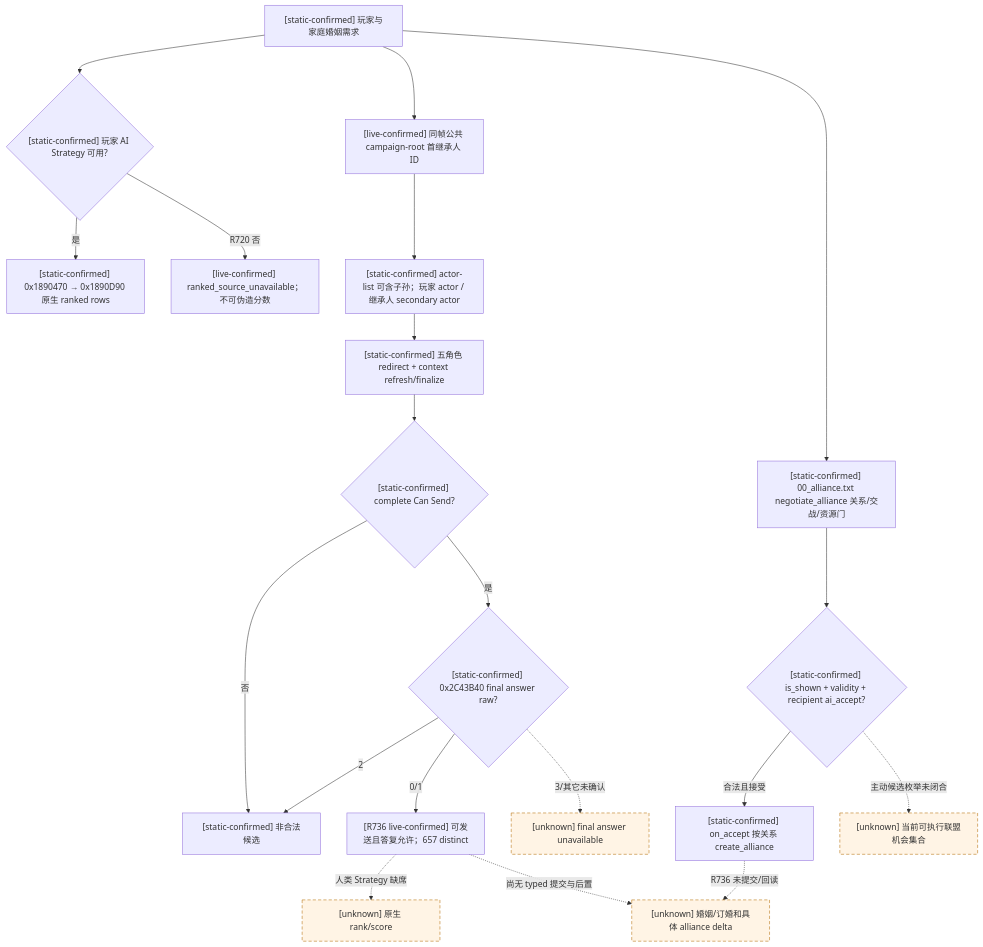
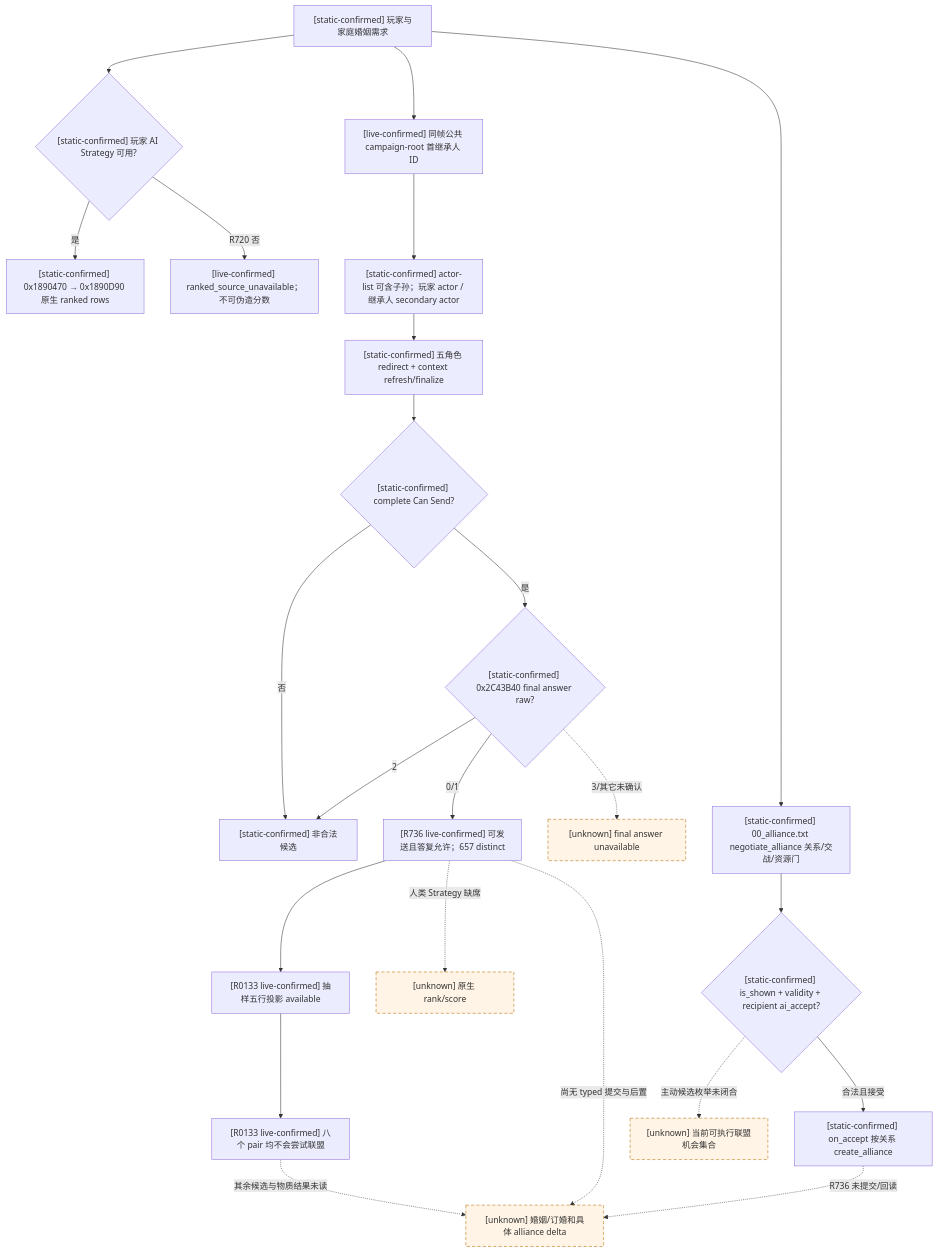
Before and after one commit to XenoAmess/ck3_eternal_recurrence: the sixth of 6 diagrams in docs/ck3-native-ai/marriage-and-alliance.md, drawn with Mermaid. The commit also changed other lines of this file and 6 other files, not shown here.

````diff
--- a/docs/ck3-native-ai/marriage-and-alliance.md
+++ b/docs/ck3-native-ai/marriage-and-alliance.md
@@ -868,24 +869,27 @@
 ```mermaid
 flowchart TD
     P["[static-confirmed] 玩家与家庭婚姻需求"] --> S{"[static-confirmed] 玩家 AI Strategy 可用?"}
     S -->|是| R["[static-confirmed] 0x1890470 → 0x1890D90 原生 ranked rows"]
     S -->|R720 否| U["[live-confirmed] ranked_source_unavailable；不可伪造分数"]
     P --> H["[live-confirmed] 同帧公共 campaign-root 首继承人 ID"]
     H --> C["[static-confirmed] actor-list 可含子孙；玩家 actor / 继承人 secondary actor"]
     C --> D["[static-confirmed] 五角色 redirect + context refresh/finalize"]
     D --> V{"[static-confirmed] complete Can Send?"}
     V -->|否| N["[static-confirmed] 非合法候选"]
     V -->|是| A{"[static-confirmed] 0x2C43B40 final answer raw?"}
     A -->|0/1| L["[R736 live-confirmed] 可发送且答复允许；657 distinct"]
+    L --> Y1["[R0133 live-confirmed] 抽样五行投影 available"]
+    Y1 --> Y2["[R0133 live-confirmed] 八个 pair 均不会尝试联盟"]
+    Y2 -. "其余候选与物质结果未读" .-> O
     A -->|2| N
     A -. "3/其它未确认" .-> X["[unknown] final answer unavailable"]
     L -. "人类 Strategy 缺席" .-> K["[unknown] 原生 rank/score"]
     L -. "尚无 typed 提交与后置" .-> O["[unknown] 婚姻/订婚和具体 alliance delta"]
     P --> G["[static-confirmed] 00_alliance.txt negotiate_alliance 关系/交战/资源门"]
     G --> J{"[static-confirmed] is_shown + validity + recipient ai_accept?"}
     J -->|合法且接受| Q["[static-confirmed] on_accept 按关系 create_alliance"]
     J -. "主动候选枚举未闭合" .-> Z["[unknown] 当前可执行联盟机会集合"]
     Q -. "R736 未提交/回读" .-> O
     classDef unknown stroke-dasharray: 6 4,fill:#fff4e5,stroke:#b36b00;
     class X,K,O,Z unknown;
 ```
````
